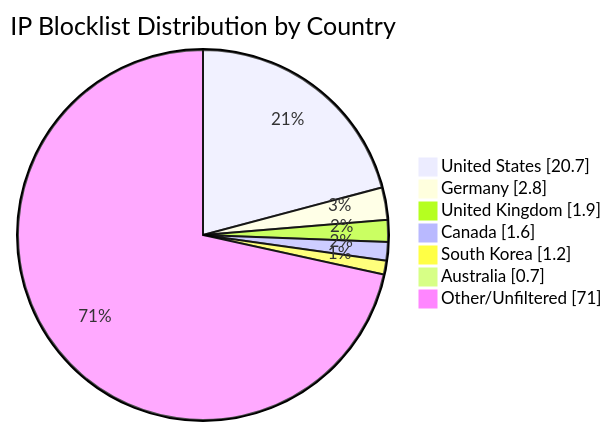
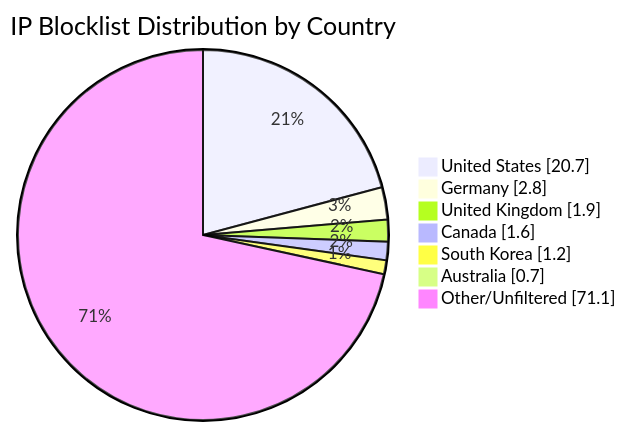
The diagram in README.md (MarcusHoltz/ipblocklist-geofiltered-aggregator), drawn with Mermaid before and after one commit. The commit also changed other lines of this file and 9 other files, not shown here.

````diff
--- a/README.md
+++ b/README.md
@@ -34,10 +34,10 @@
 ```mermaid
 pie showData title IP Blocklist Distribution by Country
 "United States" : 20.7
 "Germany" : 2.8
 "United Kingdom" : 1.9
 "Canada" : 1.6
 "South Korea" : 1.2
 "Australia" : 0.7
-"Other/Unfiltered" : 71.0
+"Other/Unfiltered" : 71.1
 ```
````
